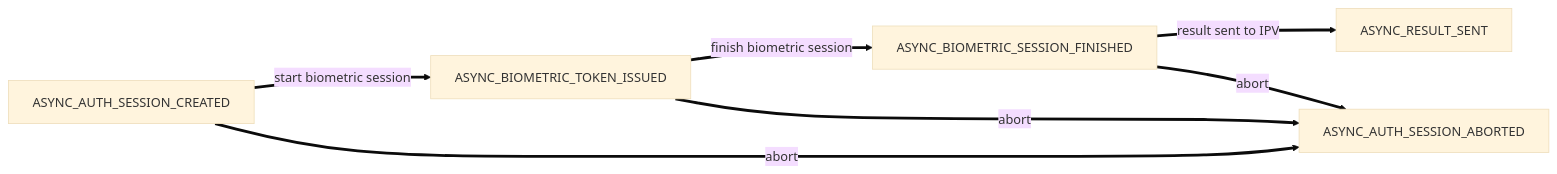
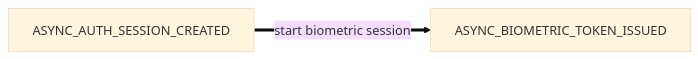
The diagram in backend-api/docs/sessionStateMachine.md (govuk-one-login/mobile-id-check-async), drawn with Mermaid (base theme) before and after one commit.

Commit message:
Limit state machine docs to current implementation

````diff
--- a/backend-api/docs/sessionStateMachine.md
+++ b/backend-api/docs/sessionStateMachine.md
@@ -5,9 +5,4 @@
 ```mermaid
 flowchart LR
     ASYNC_AUTH_SESSION_CREATED == start biometric session ==> ASYNC_BIOMETRIC_TOKEN_ISSUED
-    ASYNC_AUTH_SESSION_CREATED == abort ==> ASYNC_AUTH_SESSION_ABORTED
-    ASYNC_BIOMETRIC_TOKEN_ISSUED == finish biometric session ==> ASYNC_BIOMETRIC_SESSION_FINISHED
-    ASYNC_BIOMETRIC_TOKEN_ISSUED == abort ==> ASYNC_AUTH_SESSION_ABORTED
-    ASYNC_BIOMETRIC_SESSION_FINISHED == result sent to IPV ==> ASYNC_RESULT_SENT
-    ASYNC_BIOMETRIC_SESSION_FINISHED == abort ==> ASYNC_AUTH_SESSION_ABORTED
 ```
````
